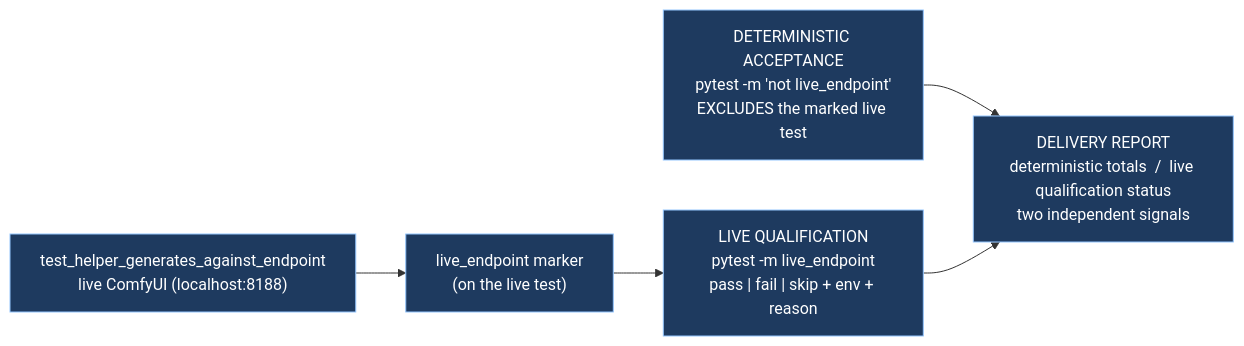
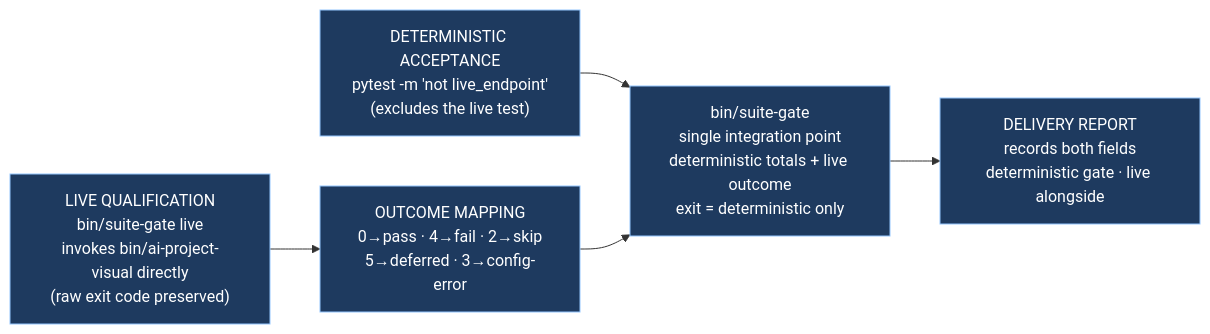
One commit to panchew/ai-project-system changed the diagram in docs/phases/P13__Daily_Fleet_Operation_in_Drivr/P13-M48-E48.2__spec__deterministic-acceptance-live-qualification-separate.mmd. Above: the diagram before and after it, drawn with Mermaid.

Commit message:
governance(P13-M48): redraw E48.2 diagram — five outcomes via bin/suite-gate live through single gate

```diff
--- a/docs/phases/P13__Daily_Fleet_Operation_in_Drivr/P13-M48-E48.2__spec__deterministic-acceptance-live-qualification-separate.mmd
+++ b/docs/phases/P13__Daily_Fleet_Operation_in_Drivr/P13-M48-E48.2__spec__deterministic-acceptance-live-qualification-separate.mmd
@@ -1,14 +1,13 @@
 flowchart LR
-  LIVE["test_helper_generates_against_endpoint<br/>live ComfyUI (localhost:8188)"]
-  MARK["live_endpoint marker<br/>(on the live test)"]
-  DET["DETERMINISTIC ACCEPTANCE<br/>pytest -m 'not live_endpoint'<br/>EXCLUDES the marked live test"]
-  QUAL["LIVE QUALIFICATION<br/>pytest -m live_endpoint<br/>pass | fail | skip + env + reason"]
-  REP["DELIVERY REPORT<br/>deterministic totals  /  live qualification status<br/>two independent signals"]
+  DET["DETERMINISTIC ACCEPTANCE<br/>pytest -m 'not live_endpoint'<br/>(excludes the live test)"]
+  LIVE["LIVE QUALIFICATION<br/>bin/suite-gate live<br/>invokes bin/ai-project-visual directly<br/>(raw exit code preserved)"]
+  MAP["OUTCOME MAPPING<br/>0→pass · 4→fail · 2→skip<br/>5→deferred · 3→config-error"]
+  GATE["bin/suite-gate<br/>single integration point<br/>deterministic totals + live outcome<br/>exit = deterministic only"]
+  REP["DELIVERY REPORT<br/>records both fields<br/>deterministic gate · live alongside"]
 
-  LIVE --> MARK
-  MARK --> QUAL
-  DET --> REP
-  QUAL --> REP
+  DET --> GATE
+  LIVE --> MAP --> GATE
+  GATE --> REP
 
   classDef a fill:#1e3a5f,stroke:#93c5fd,color:#fff
-  class LIVE,MARK,DET,QUAL,REP a
+  class DET,LIVE,MAP,GATE,REP a
```
